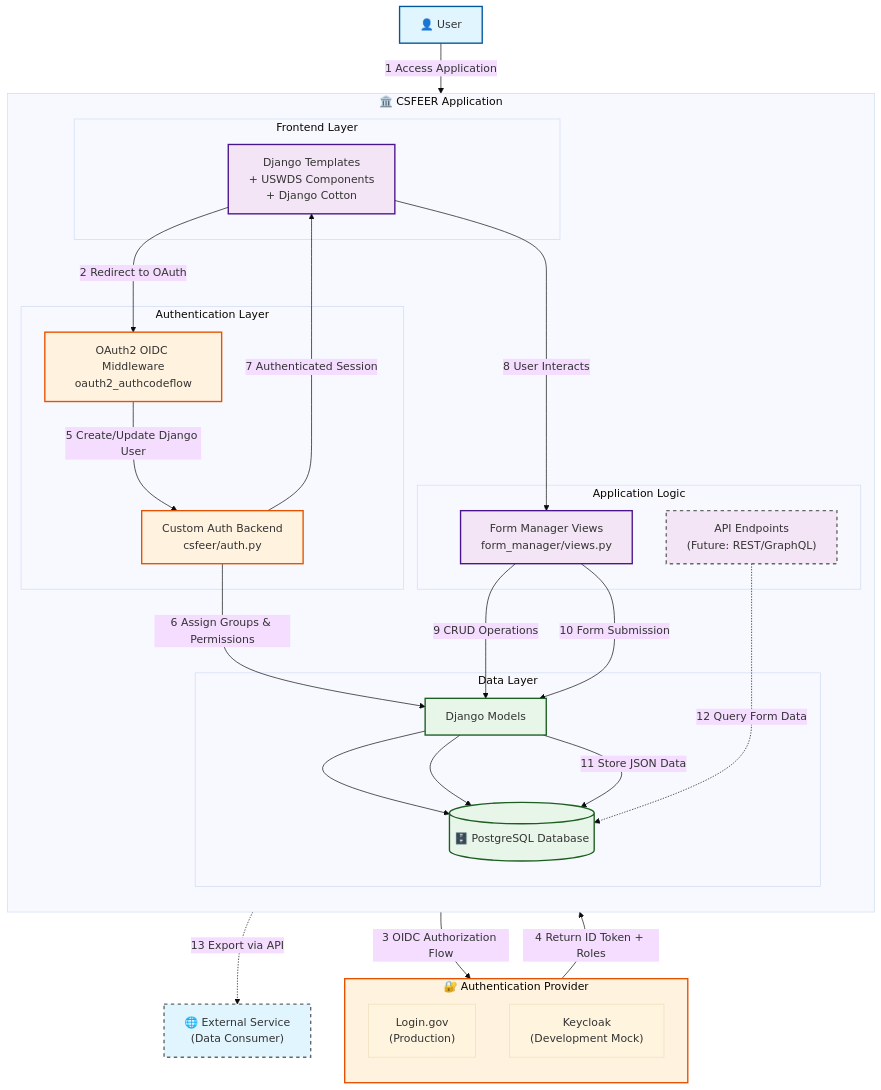
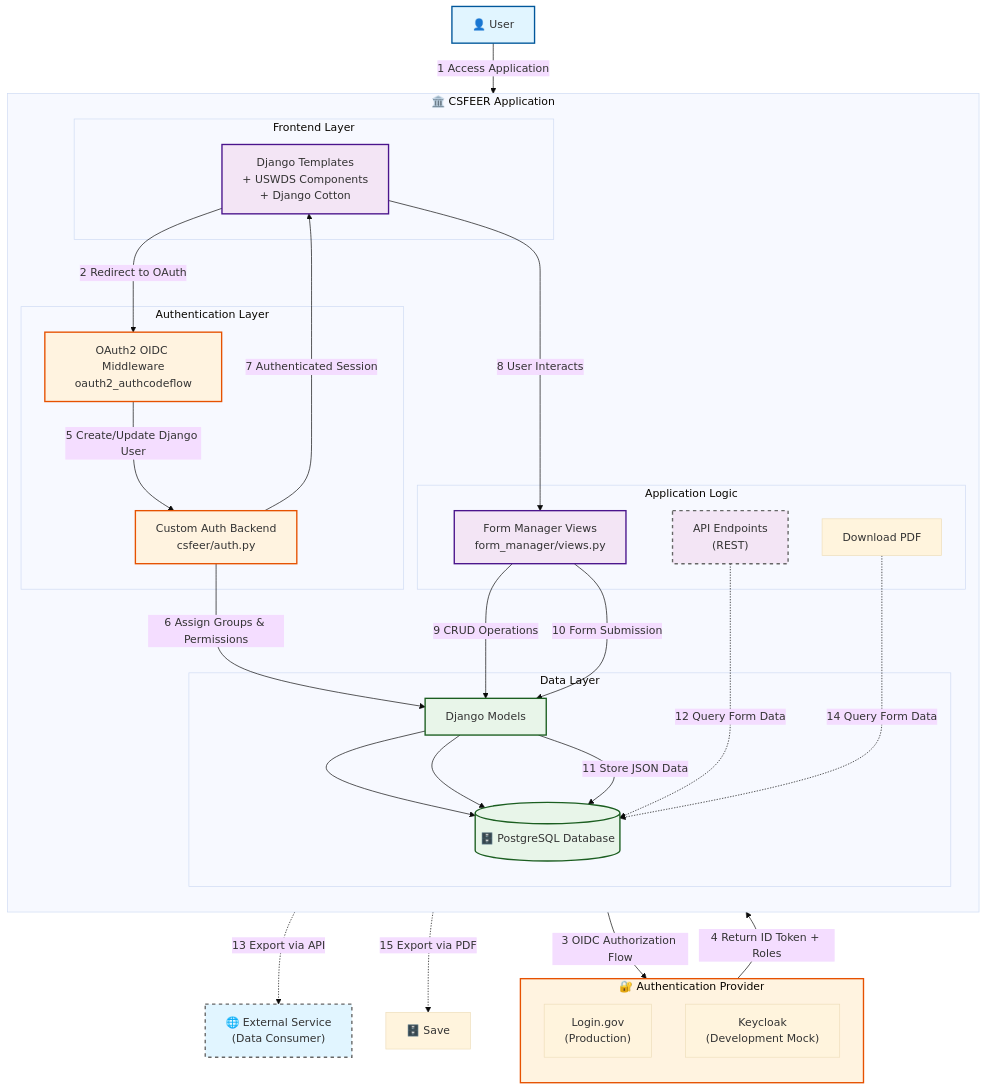
Before and after one commit to pheegie00/csfeer-staff-prototype: the diagram in docs/architecture_overview.md, drawn with Mermaid (base theme). The commit also changed 16 other files, not shown here.

Commit message:
Add pdf download

````diff
--- a/docs/architecture_overview.md
+++ b/docs/architecture_overview.md
@@ -7,57 +7,60 @@
 ```mermaid
 flowchart TB
  subgraph AuthProvider["🔐 Authentication Provider"]
     direction TB
         LoginGov["Login.gov<br>(Production)"]
         Keycloak["Keycloak<br>(Development Mock)"]
   end
  subgraph Frontend["Frontend Layer"]
         UI["Django Templates<br>+ USWDS Components<br>+ Django Cotton"]
   end
  subgraph Auth["Authentication Layer"]
         OIDCMiddleware["OAuth2 OIDC Middleware<br>oauth2_authcodeflow"]
         AuthBackend["Custom Auth Backend<br>csfeer/auth.py"]
   end
  subgraph AppLogic["Application Logic"]
         FormViews["Form Manager Views<br>form_manager/views.py"]
-        APIViews["API Endpoints<br>(Future: REST/GraphQL)"]
+        APIViews["API Endpoints<br>(REST)"]
+        PDFView["Download PDF"]
   end
  subgraph Data["Data Layer"]
         Models["Django Models"]
         PostgreSQL[("🗄️ PostgreSQL Database")]
   end
  subgraph CSFEERApp["🏛️ CSFEER Application"]
     direction TB
         Frontend
         Auth
         AppLogic
         Data
   end
     User["👤 User"] -- "1 Access Application" --> UI
     UI -- "2 Redirect to OAuth" --> OIDCMiddleware
     OIDCMiddleware -- "3 OIDC Authorization Flow" --> AuthProvider
     AuthProvider -- "4 Return ID Token + Roles" --> OIDCMiddleware
     OIDCMiddleware -- "5 Create/Update Django User" --> AuthBackend
     AuthBackend -- "6 Assign Groups & Permissions" --> Models
     Models --> PostgreSQL & PostgreSQL
     AuthBackend -- "7 Authenticated Session" --> UI
     UI -- "8 User Interacts" --> FormViews
     FormViews -- "9 CRUD Operations" --> Models
     FormViews -- "10 Form Submission" --> Models
     Models -- "11 Store JSON Data" --> PostgreSQL
     APIViews -. "12 Query Form Data" .-> PostgreSQL
     APIViews -. "13 Export via API" .-> ExternalSystem["🌐 External Service<br>(Data Consumer)"]
+    PDFView -. "14 Query Form Data" .-> PostgreSQL
+    PDFView -. "15 Export via PDF" .-> Export["🗄️ Save"]
 
     %% Styling
     classDef userStyle fill:#e1f5ff,stroke:#01579b,stroke-width:2px
     classDef authStyle fill:#fff3e0,stroke:#e65100,stroke-width:2px
     classDef appStyle fill:#f3e5f5,stroke:#4a148c,stroke-width:2px
     classDef dataStyle fill:#e8f5e9,stroke:#1b5e20,stroke-width:2px
     classDef futureStyle stroke-dasharray: 5 5,stroke:#666
     
     class User,ExternalSystem userStyle
     class AuthProvider,OIDCMiddleware,AuthBackend authStyle
     class UI,FormViews,APIViews appStyle
     class Models,PostgreSQL dataStyle
     class APIViews,ExternalSystem futureStyle
 ```
````
